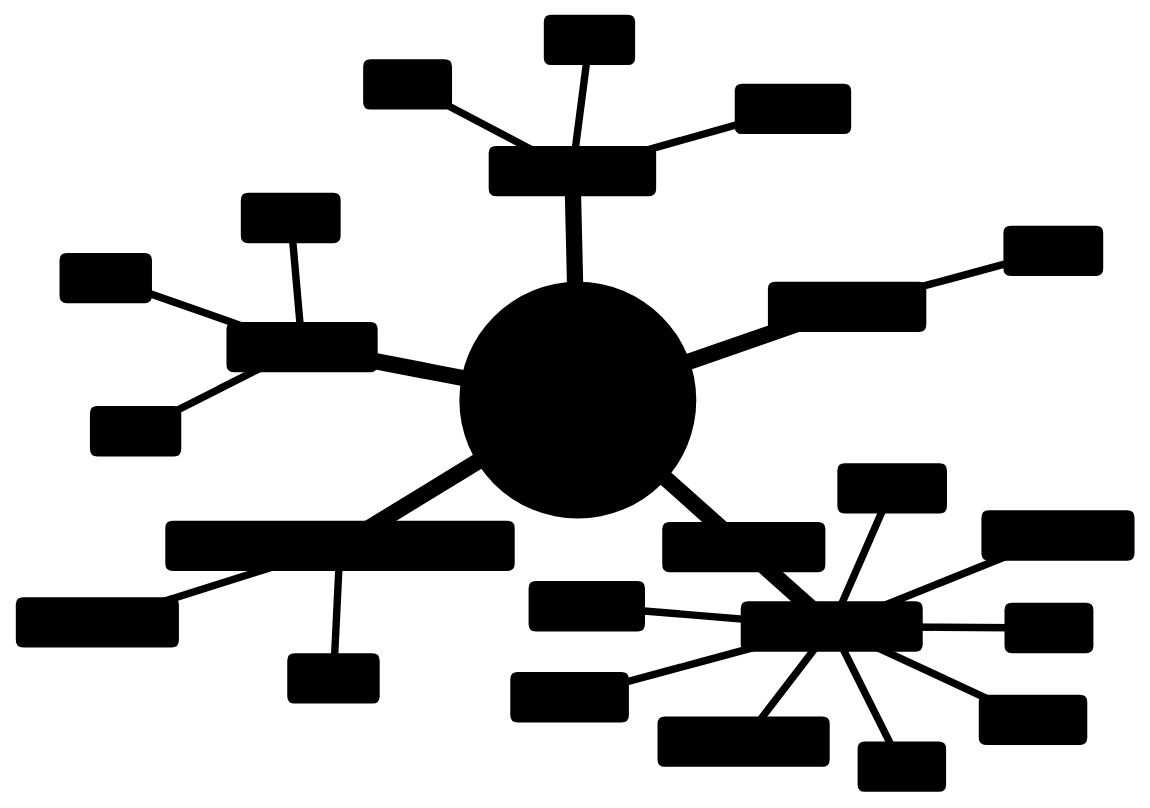
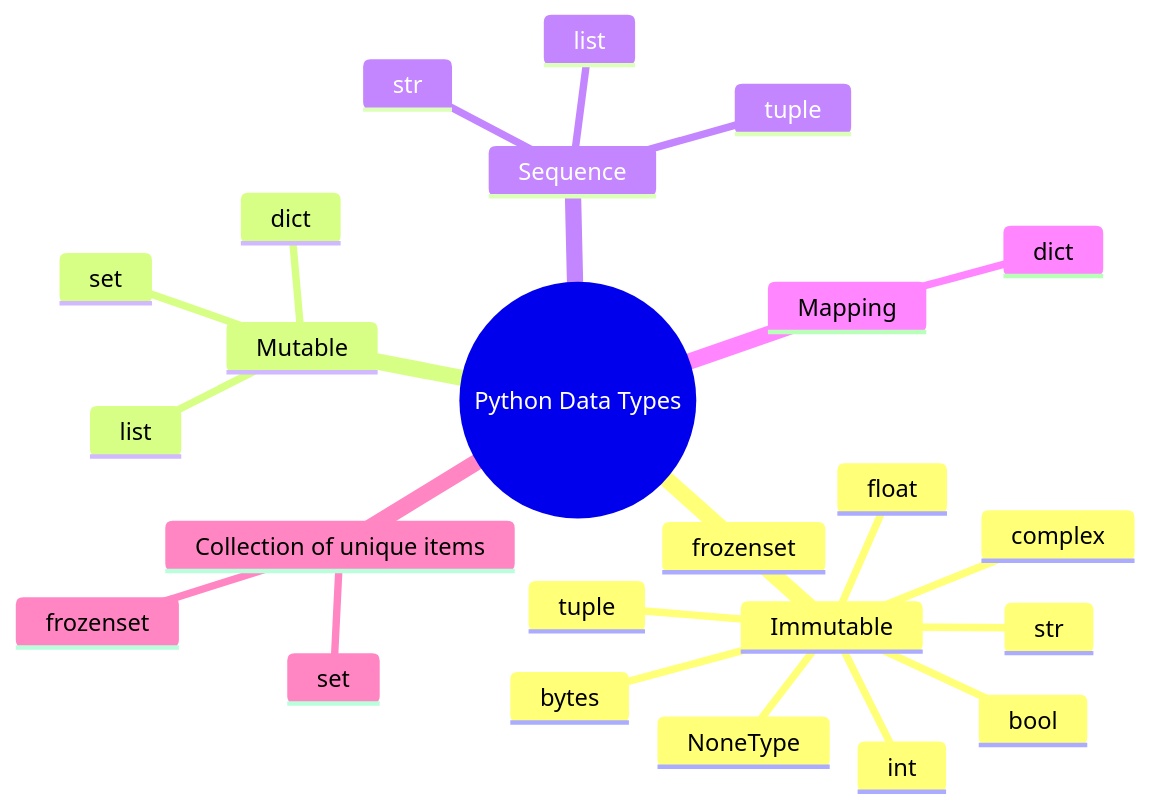
The second of 7 diagrams in 01_Python/notes/01_Python.md (Ibtasam-Ahmad/zero-to-ai-engineer), drawn with Mermaid before and after one commit. The commit also changed 4 other files, not shown here.

````diff
--- a/01_Python/notes/01_Python.md
+++ b/01_Python/notes/01_Python.md
@@ -102,39 +102,27 @@
 ```mermaid
-%%{init: {
- "theme": "base",
- "themeVariables": {
-  "background": "#0d1117",
-  "primaryColor": "#1f2937",
-  "primaryTextColor": "#000000",
-  "primaryBorderColor": "#60a5fa",
-  "lineColor": "#94a3b8",
-  "textColor": "#000000"
- }
-}}%%
-
 mindmap
   root((Python Data Types))
     Immutable
       int
       float
       complex
       bool
       str
       bytes
       tuple
       frozenset
       NoneType
     Mutable
       list
       dict
       set
     Sequence
       str
       list
       tuple
     Mapping
       dict
     Collection of unique items
       set
       frozenset
 ```
````
